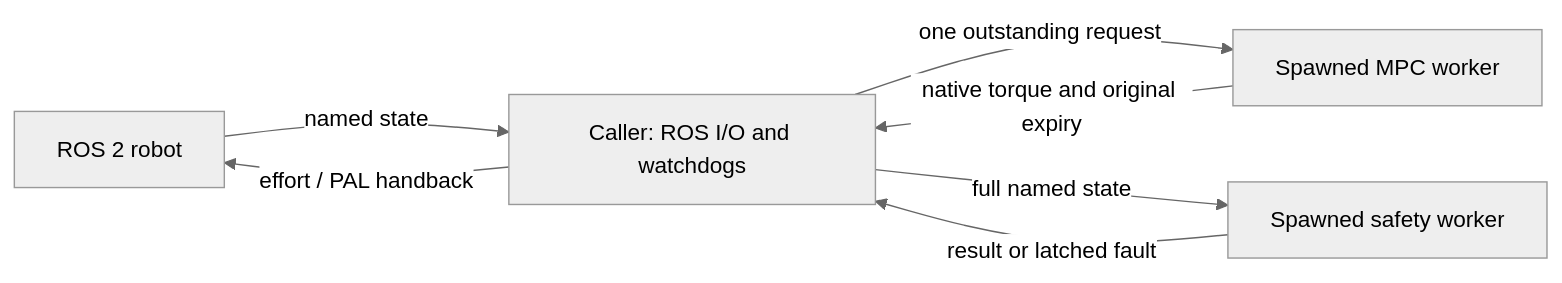
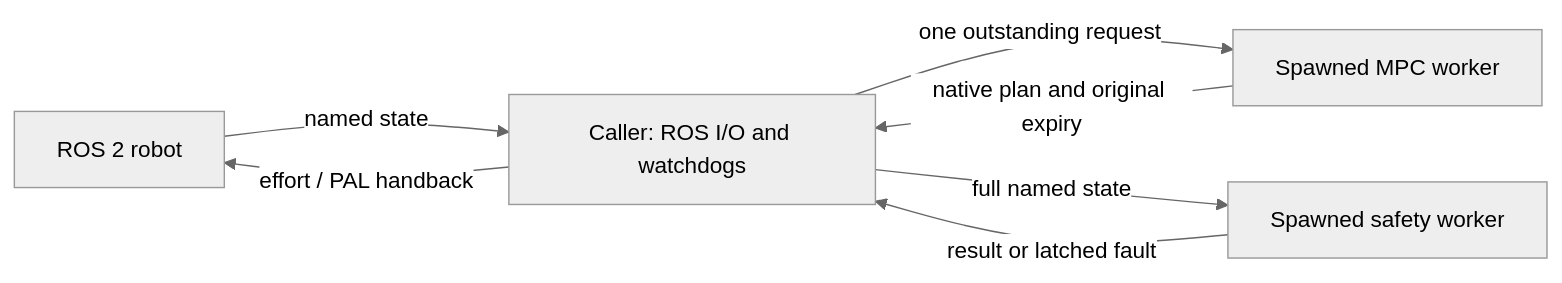
Before and after one commit to felixmueh/tiago_mpc: the diagram in docs/ROS2_RUNNER.md, drawn with Mermaid (neutral theme). The commit also changed other lines of this file and 16 other files, not shown here.

````diff
--- a/docs/ROS2_RUNNER.md
+++ b/docs/ROS2_RUNNER.md
@@ -35,9 +35,9 @@
 ```mermaid
 flowchart LR
     Robot[ROS 2 robot] -->|named state| IO[Caller: ROS I/O and watchdogs]
     IO -->|one outstanding request| MPC[Spawned MPC worker]
-    MPC -->|native torque and original expiry| IO
+    MPC -->|native plan and original expiry| IO
     IO -->|full named state| Safety[Spawned safety worker]
     Safety -->|result or latched fault| IO
     IO -->|effort / PAL handback| Robot
 ```
````
